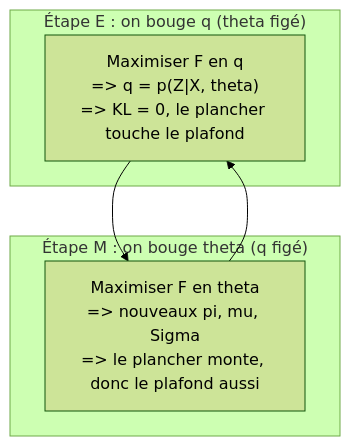
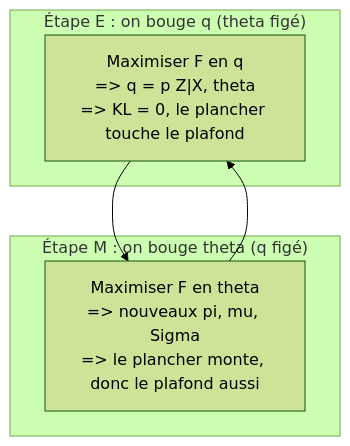
The fourth of 5 diagrams in chapitres/11-melanges-gaussiens.md (tanguychenier/Mathematiques-pour-le-Machine-Learning), drawn with Mermaid (forest theme) before and after one commit. The commit also changed other lines of this file and 6 other files, not shown here.

Commit message:
fix: repair Mermaid diagrams (drop function-call parens and asterisks from labels)

````diff
--- a/chapitres/11-melanges-gaussiens.md
+++ b/chapitres/11-melanges-gaussiens.md
@@ -574,10 +574,10 @@
 ```mermaid
 flowchart TD
     subgraph EE["Étape E : on bouge q (theta figé)"]
-      E1["Maximiser F en q<br/>=> q = p(Z|X, theta)<br/>=> KL = 0, le plancher touche le plafond"]
+      E1["Maximiser F en q<br/>=> q = p Z|X, theta<br/>=> KL = 0, le plancher touche le plafond"]
     end
     subgraph MM["Étape M : on bouge theta (q figé)"]
       M1["Maximiser F en theta<br/>=> nouveaux pi, mu, Sigma<br/>=> le plancher monte, donc le plafond aussi"]
     end
     E1 --> M1 --> E1
 ```
````
